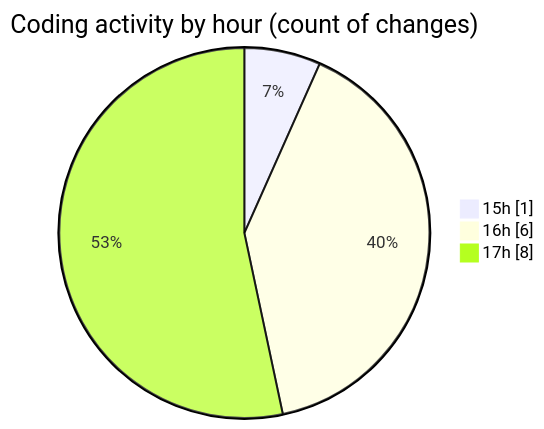
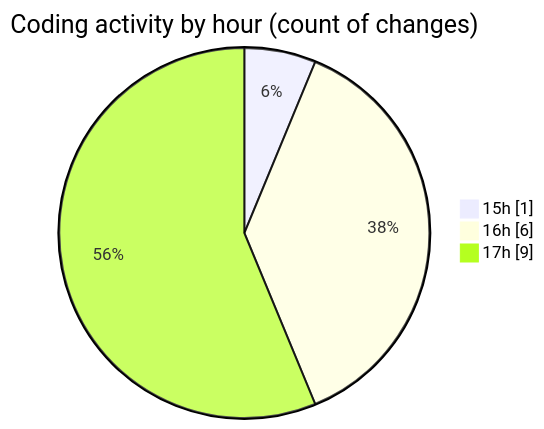
The second of 2 diagrams in 2025-09-29/untitled__workspace_/README.md (debugP/code-tracking), drawn with Mermaid before and after one commit. The commit also changed other lines of this file and 1 other file, not shown here.

````diff
--- a/2025-09-29/untitled__workspace_/README.md
+++ b/2025-09-29/untitled__workspace_/README.md
@@ -31,7 +31,7 @@
 ```mermaid
 pie showData
 title Coding activity by hour (count of changes)
 "15h" : 1
 "16h" : 6
-"17h" : 8
+"17h" : 9
 ```
````
